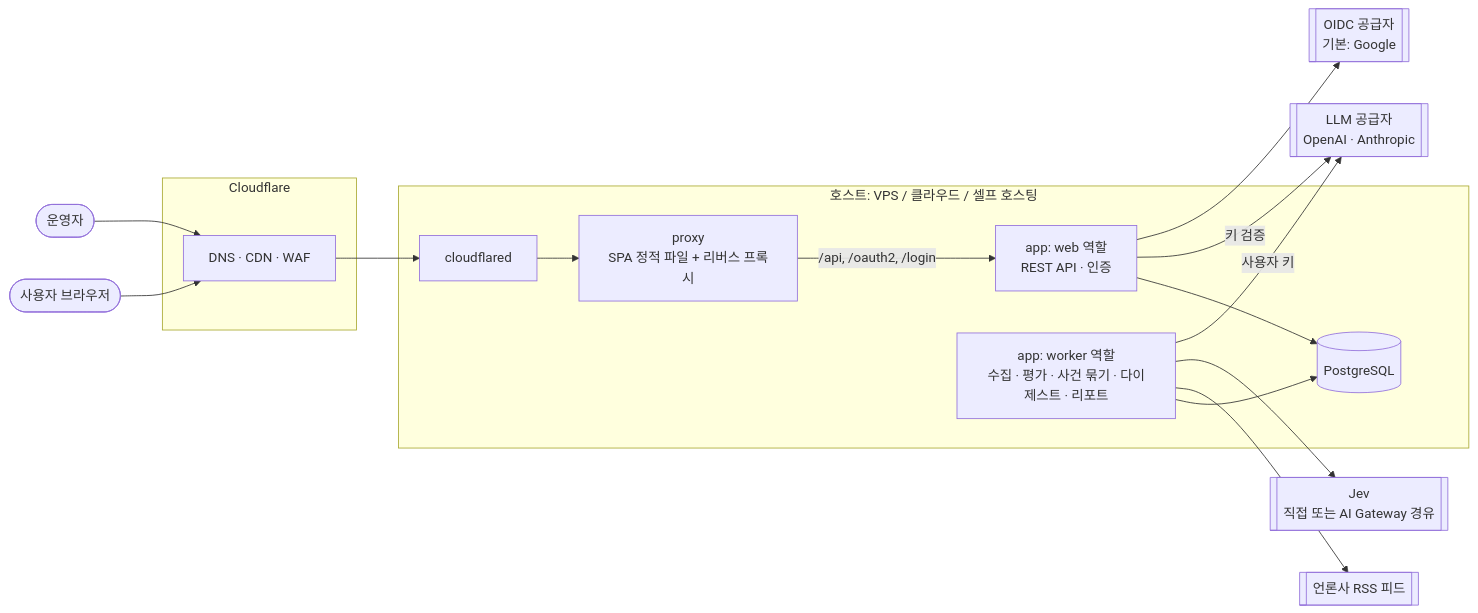
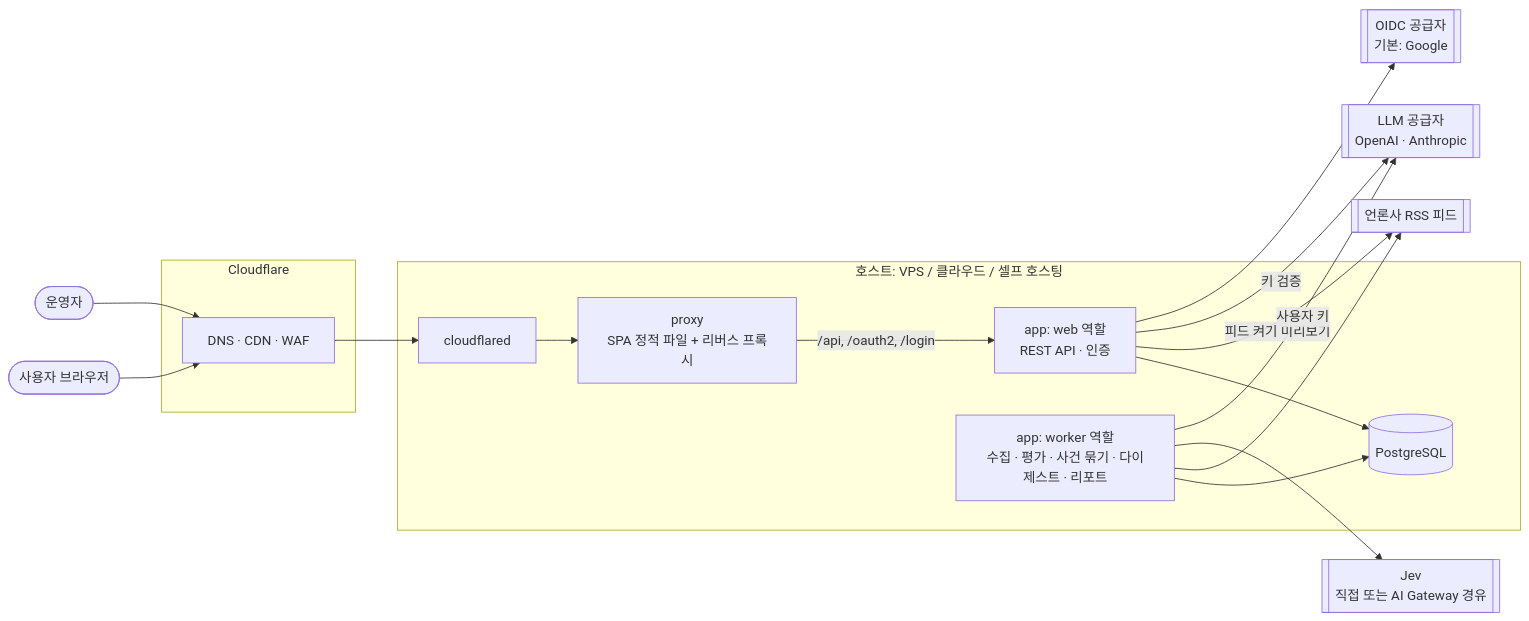
The first of 2 diagrams in docs/overview.md (Theia0382/yozm-news), drawn with Mermaid before and after one commit. The commit also changed other lines of this file and 10 other files, not shown here.

````diff
--- a/docs/overview.md
+++ b/docs/overview.md
@@ -73,30 +73,31 @@
 ```mermaid
 flowchart LR
     user([사용자 브라우저])
     admin([운영자])
     subgraph CF[Cloudflare]
         edge[DNS · CDN · WAF]
     end
     subgraph Host[호스트: VPS / 클라우드 / 셀프 호스팅]
         tunnel[cloudflared]
         proxy[proxy<br/>SPA 정적 파일 + 리버스 프록시]
         web[app: web 역할<br/>REST API · 인증]
         worker[app: worker 역할<br/>수집 · 평가 · 사건 묶기 · 다이제스트 · 리포트]
         db[(PostgreSQL)]
     end
     feeds[[언론사 RSS 피드]]
     jev[[Jev<br/>직접 또는 AI Gateway 경유]]
     llm[[LLM 공급자<br/>OpenAI · Anthropic]]
     oauth[[OIDC 공급자<br/>기본: Google]]
 
     user --> edge --> tunnel --> proxy
     admin --> edge
     proxy -->|/api, /oauth2, /login| web
     web --> db
     worker --> db
     worker --> feeds
+    web -->|피드 켜기 미리보기| feeds
     worker --> jev
     worker -->|사용자 키| llm
     web -->|키 검증| llm
     web --> oauth
 ```
````
